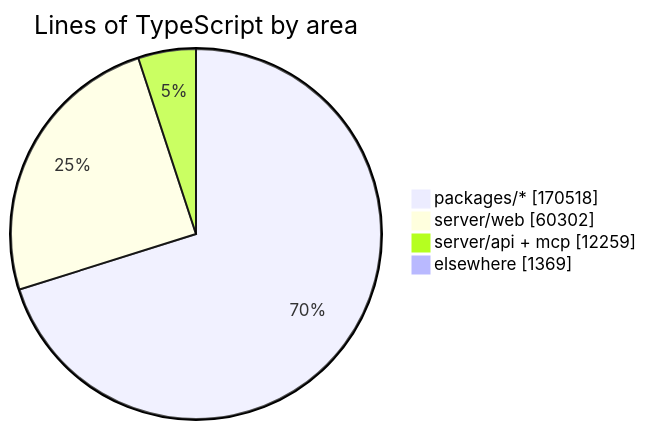
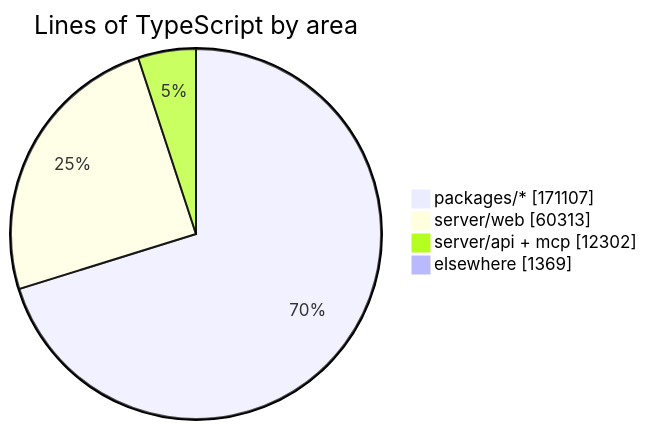
Before and after one commit to crossworks-engineering/mantle: the diagram in README.md, drawn with Mermaid. The commit also changed other lines of this file and 2 other files, not shown here.

````diff
--- a/README.md
+++ b/README.md
@@ -279,7 +279,7 @@
 ```mermaid
 pie showData title Lines of TypeScript by area
-    "packages/*" : 170518
-    "server/web" : 60302
-    "server/api + mcp" : 12259
+    "packages/*" : 171107
+    "server/web" : 60313
+    "server/api + mcp" : 12302
     "elsewhere" : 1369
 ```
````
